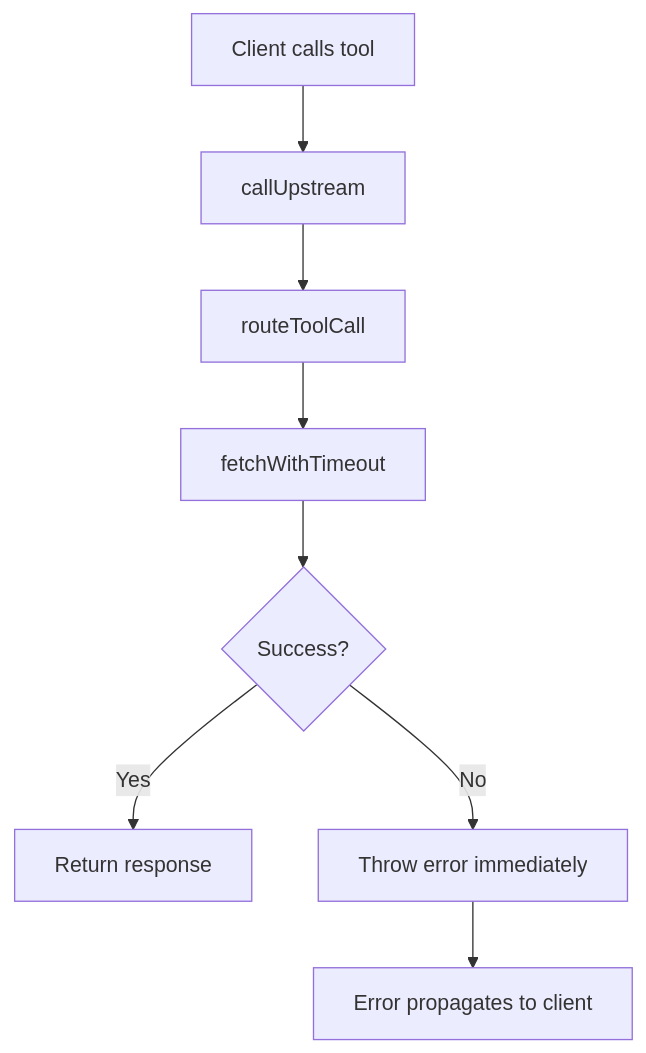
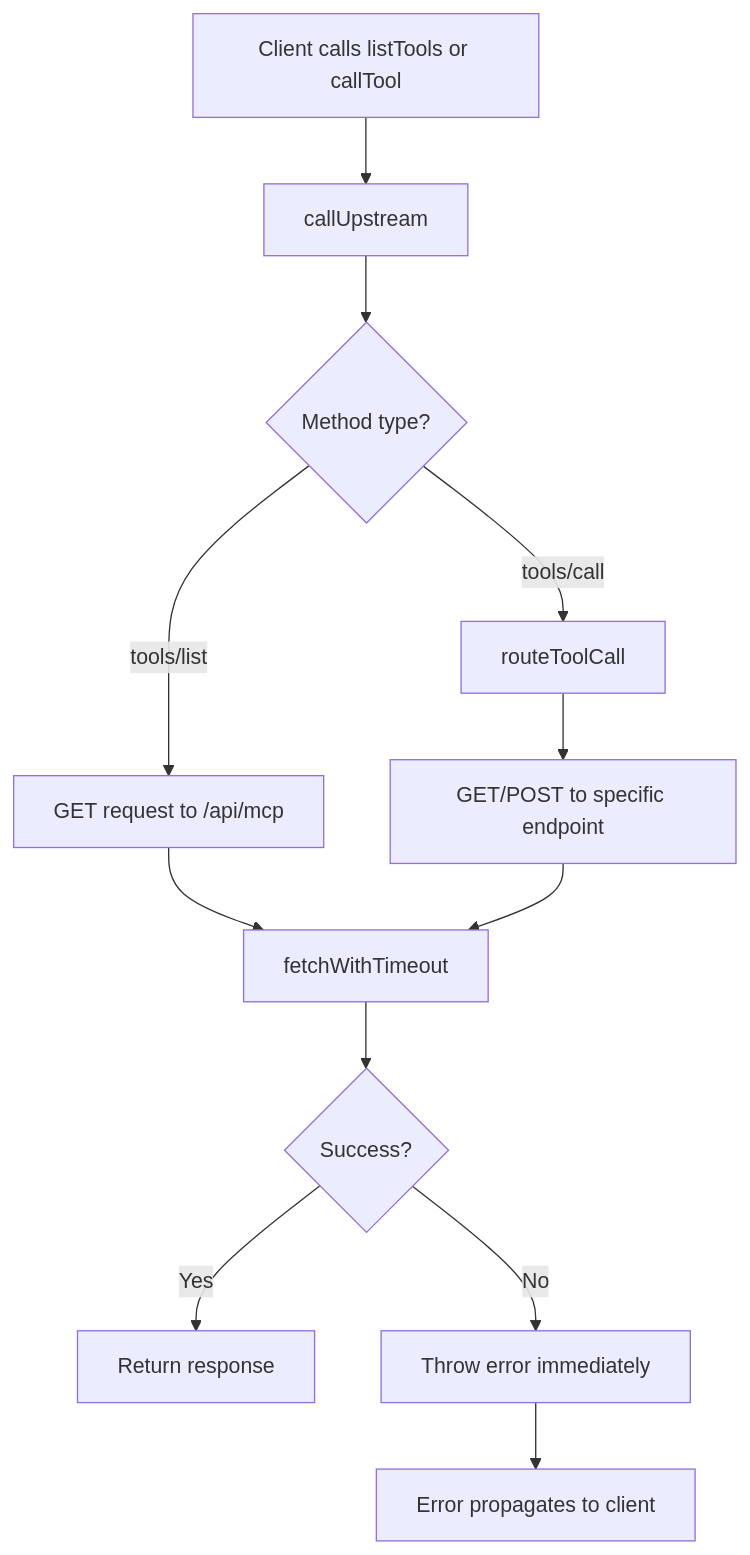
The first of 2 diagrams in docs/RETRY_MECHANISM.md (JEdward7777/js-translation-helps-proxy), drawn with Mermaid before and after one commit. The commit also changed other lines of this file, not shown here.

Commit message:
Added notes on how it works with listTools automagically.

````diff
--- a/docs/RETRY_MECHANISM.md
+++ b/docs/RETRY_MECHANISM.md
@@ -82,10 +82,14 @@
 ```mermaid
 graph TD
-    A[Client calls tool] --> B[callUpstream]
-    B --> C[routeToolCall]
-    C --> D[fetchWithTimeout]
-    D --> E{Success?}
-    E -->|Yes| F[Return response]
-    E -->|No| G[Throw error immediately]
-    G --> H[Error propagates to client]
+    A[Client calls listTools or callTool] --> B[callUpstream]
+    B --> C{Method type?}
+    C -->|tools/list| D[GET request to /api/mcp]
+    C -->|tools/call| E[routeToolCall]
+    E --> F[GET/POST to specific endpoint]
+    D --> G[fetchWithTimeout]
+    F --> G
+    G --> H{Success?}
+    H -->|Yes| I[Return response]
+    H -->|No| J[Throw error immediately]
+    J --> K[Error propagates to client]
 ```
````
